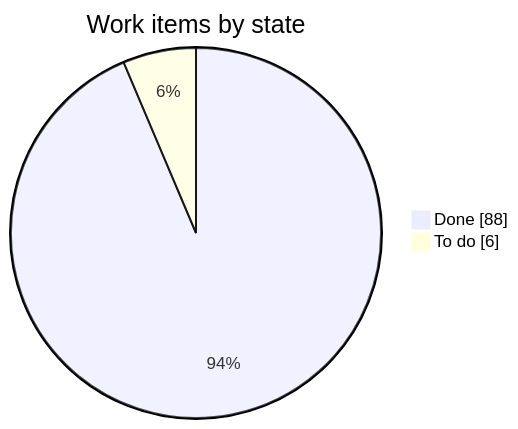
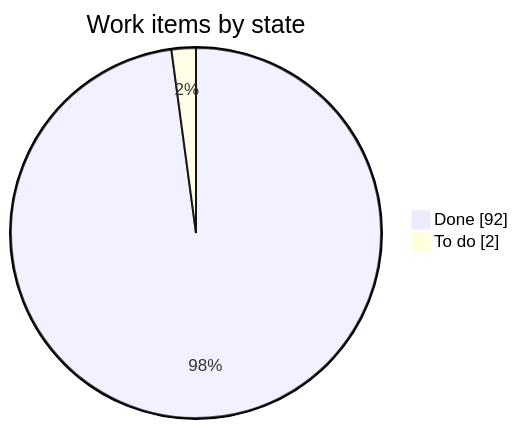
Before and after one commit to LoMagnette/ghost-light: the first of 2 diagrams in STATUS.md, drawn with Mermaid. The commit also changed other lines of this file, not shown here.

````diff
--- a/STATUS.md
+++ b/STATUS.md
@@ -39,6 +39,6 @@
 ```mermaid
 pie showData
     title Work items by state
-    "Done" : 88
-    "To do" : 6
+    "Done" : 92
+    "To do" : 2
 ```
````
